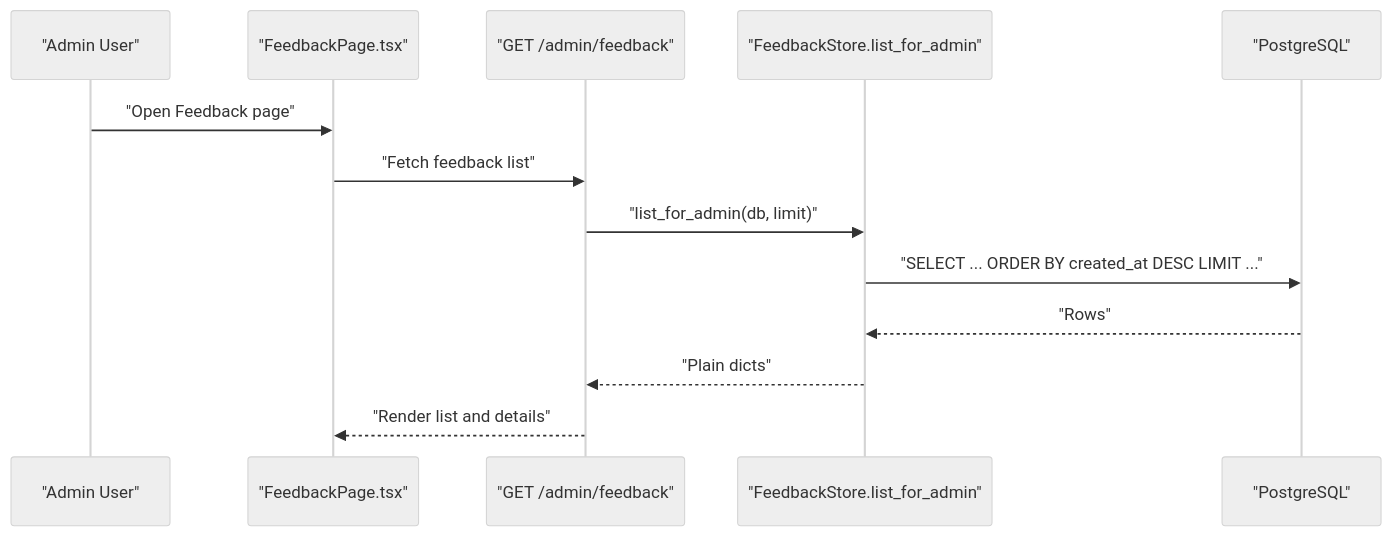
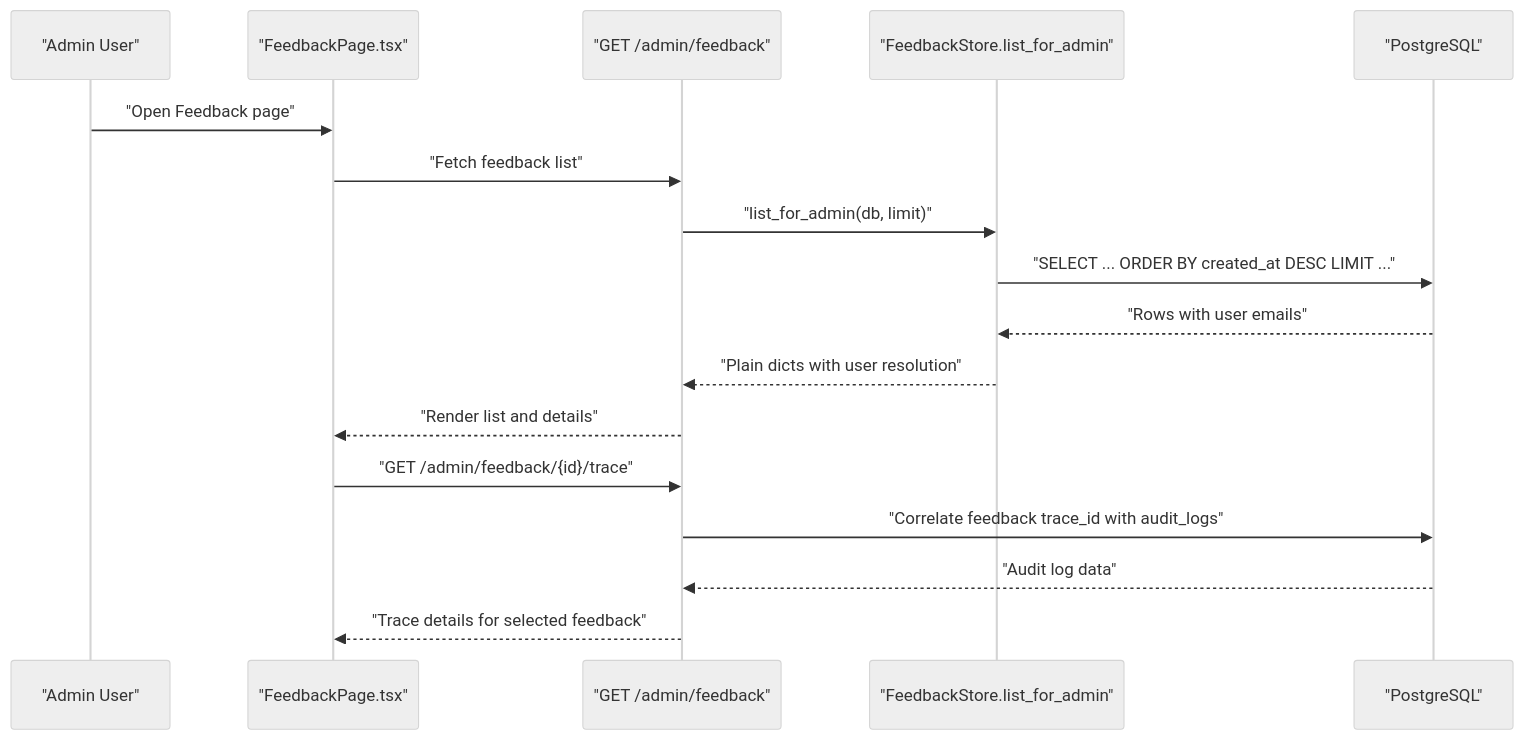
One commit to genes8/private-ai changed the seventh of 9 diagrams in .qoder/repowiki/en/content/Observability and Monitoring/Feedback Collection and Analytics.md. Above: the diagram before and after it, drawn with Mermaid (neutral theme). The commit also changed other lines of this file and 12 other files, not shown here.

````diff
--- a/.qoder/repowiki/en/content/Observability and Monitoring/Feedback Collection and Analytics.md
+++ b/.qoder/repowiki/en/content/Observability and Monitoring/Feedback Collection and Analytics.md
@@ -190,15 +270,19 @@
 ```mermaid
 sequenceDiagram
 participant Admin as "Admin User"
 participant UI as "FeedbackPage.tsx"
 participant API as "GET /admin/feedback"
 participant Store as "FeedbackStore.list_for_admin"
 participant DB as "PostgreSQL"
 Admin->>UI : "Open Feedback page"
 UI->>API : "Fetch feedback list"
 API->>Store : "list_for_admin(db, limit)"
 Store->>DB : "SELECT ... ORDER BY created_at DESC LIMIT ..."
-DB-->>Store : "Rows"
-Store-->>API : "Plain dicts"
+DB-->>Store : "Rows with user emails"
+Store-->>API : "Plain dicts with user resolution"
 API-->>UI : "Render list and details"
+UI->>API : "GET /admin/feedback/{id}/trace"
+API->>DB : "Correlate feedback trace_id with audit_logs"
+DB-->>API : "Audit log data"
+API-->>UI : "Trace details for selected feedback"
 ```
````
